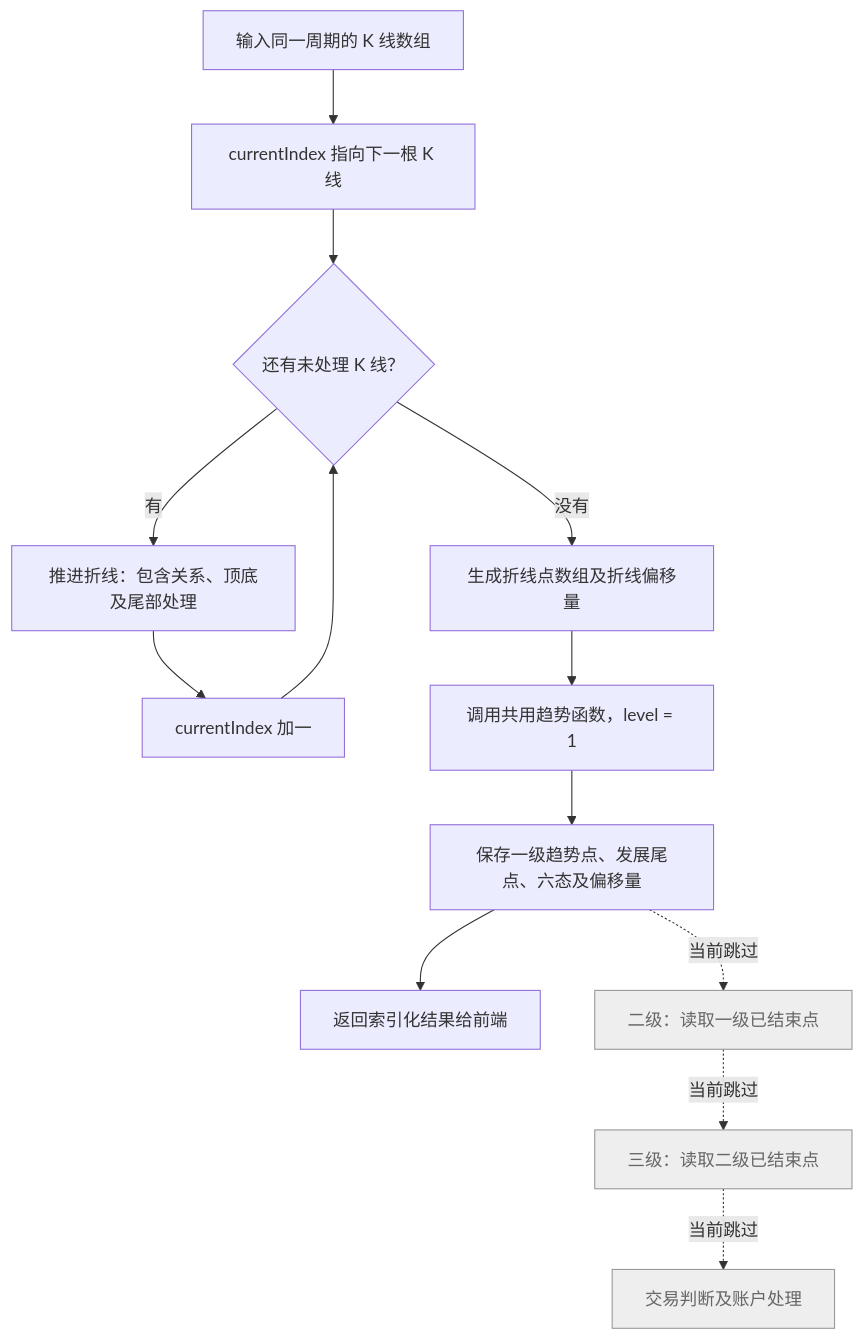
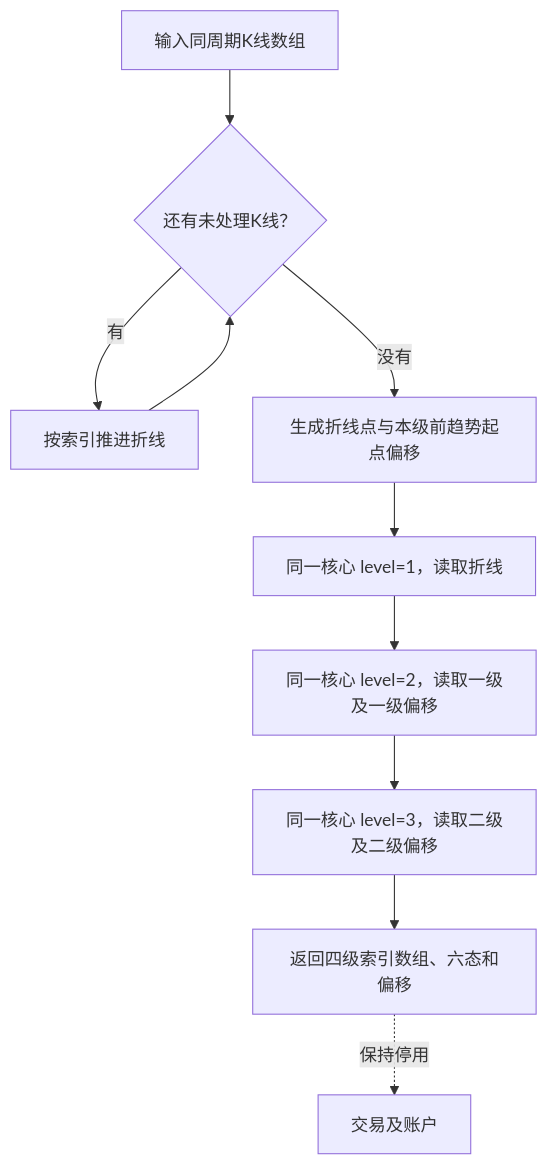
The first of 8 diagrams in docs/trend-analysis-flow.md (bobo553/wavequant-monorepo), drawn with Mermaid before and after one commit. The commit also changed other lines of this file and 16 other files, not shown here.

````diff
--- a/docs/trend-analysis-flow.md
+++ b/docs/trend-analysis-flow.md
@@ -35,18 +35,11 @@
 ```mermaid
 flowchart TD
-    A["输入同一周期的 K 线数组"] --> B["currentIndex 指向下一根 K 线"]
-    B --> C{"还有未处理 K 线？"}
-    C -->|有| D["推进折线：包含关系、顶底及尾部处理"]
-    D --> E["currentIndex 加一"]
-    E --> C
-    C -->|没有| F["生成折线点数组及折线偏移量"]
-    F --> G["调用共用趋势函数，level = 1"]
-    G --> H["保存一级趋势点、发展尾点、六态及偏移量"]
-    H --> I["返回索引化结果给前端"]
-    H -.->|当前跳过| J["二级：读取一级已结束点"]
-    J -.->|当前跳过| K["三级：读取二级已结束点"]
-    K -.->|当前跳过| L["交易判断及账户处理"]
-    style J fill:#eee,stroke:#999,color:#666
-    style K fill:#eee,stroke:#999,color:#666
-    style L fill:#eee,stroke:#999,color:#666
+    A["输入同周期K线数组"] --> B{"还有未处理K线？"}
+    B -->|有| C["按索引推进折线"] --> B
+    B -->|没有| D["生成折线点与本级前趋势起点偏移"]
+    D --> E["同一核心 level=1，读取折线"]
+    E --> F["同一核心 level=2，读取一级及一级偏移"]
+    F --> G["同一核心 level=3，读取二级及二级偏移"]
+    G --> H["返回四级索引数组、六态和偏移"]
+    H -.->|保持停用| I["交易及账户"]
 ```
````
